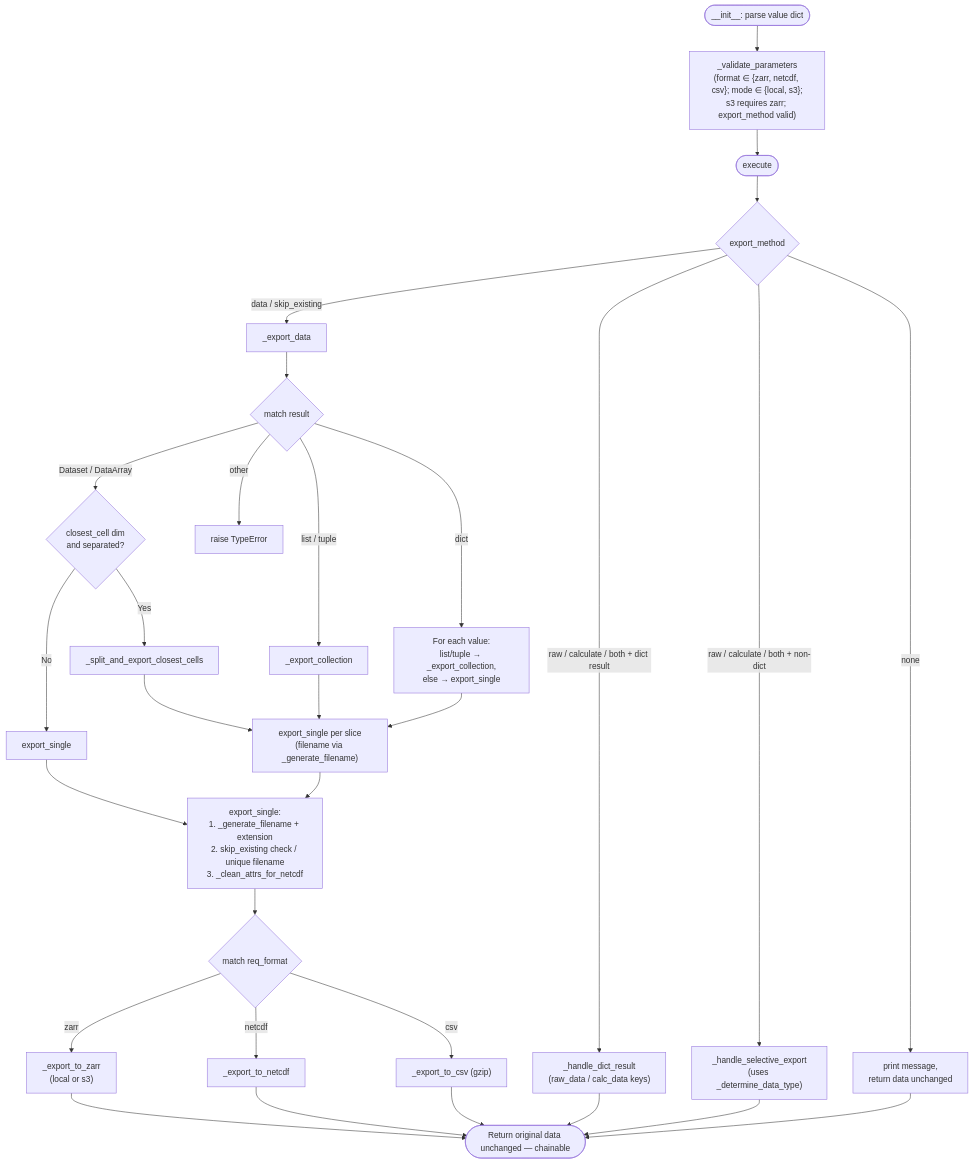
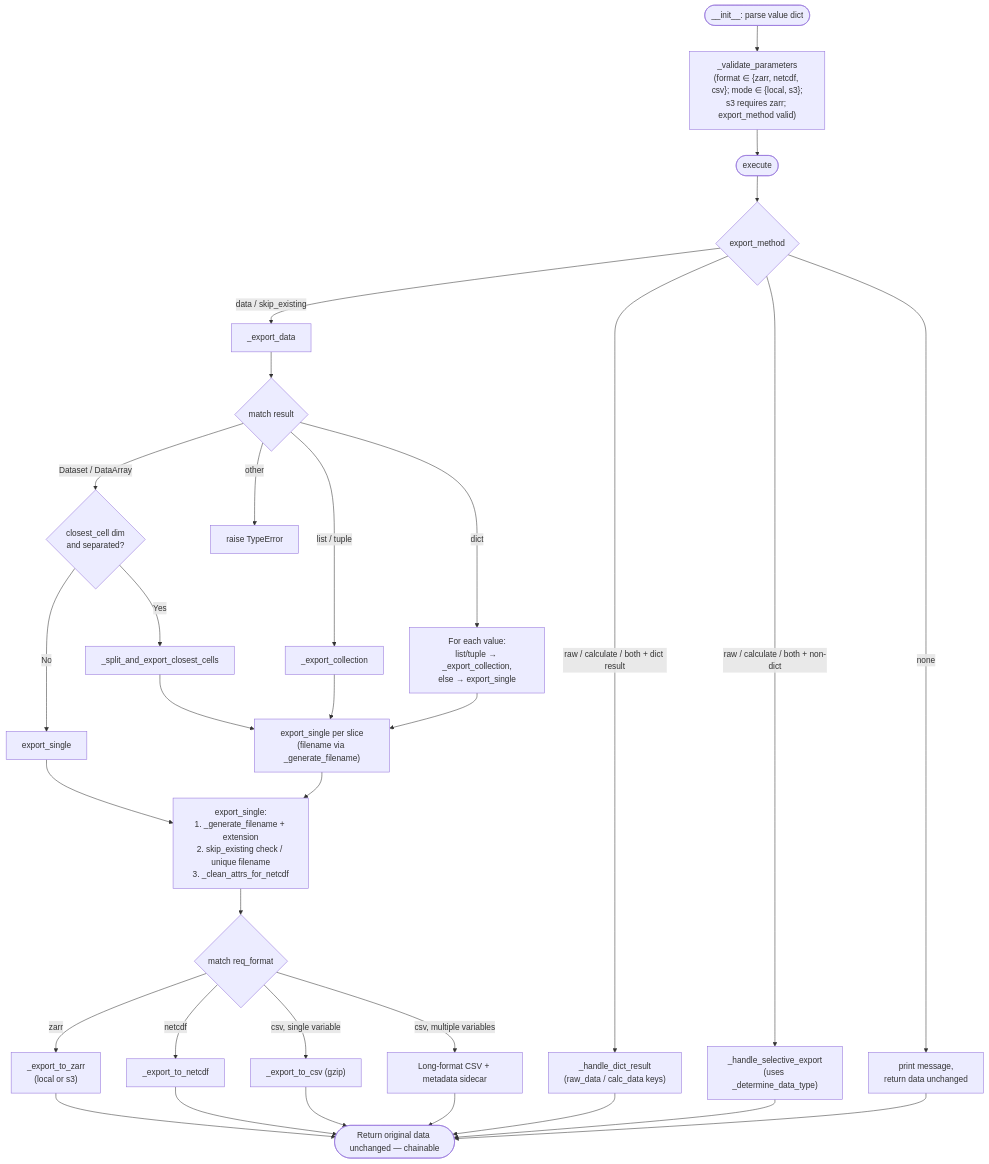
Before and after one commit to cal-adapt/climakitae: the diagram in docs-mkdocs/climate-data-interface/processors/export.md, drawn with Mermaid. The commit also changed other lines of this file and 15 other files, not shown here.

````diff
--- a/docs-mkdocs/climate-data-interface/processors/export.md
+++ b/docs-mkdocs/climate-data-interface/processors/export.md
@@ -11,51 +11,53 @@
 ```mermaid
 flowchart TD
     Init([__init__: parse value dict]) --> Validate["_validate_parameters<br/>(format ∈ {zarr, netcdf, csv}; mode ∈ {local, s3};<br/>s3 requires zarr; export_method valid)"]
     Validate --> Start([execute])
     Start --> MethodCheck{export_method}
 
     MethodCheck -->|none| ReturnNoop["print message,<br/>return data unchanged"]
     MethodCheck -->|raw / calculate / both + dict result| HandleDict["_handle_dict_result<br/>(raw_data / calc_data keys)"]
     MethodCheck -->|raw / calculate / both + non-dict| HandleSel["_handle_selective_export<br/>(uses _determine_data_type)"]
     MethodCheck -->|data / skip_existing| ExportData["_export_data"]
 
     ExportData --> MatchResult{match result}
     MatchResult -->|Dataset / DataArray| HasCC{closest_cell dim<br/>and separated?}
     HasCC -->|Yes| SplitCC["_split_and_export_closest_cells"]
     HasCC -->|No| ExportSingle1["export_single"]
     MatchResult -->|dict| LoopDict["For each value:<br/>list/tuple → _export_collection,<br/>else → export_single"]
     MatchResult -->|list / tuple| ExportColl["_export_collection"]
     MatchResult -->|other| RaiseType["raise TypeError"]
 
     SplitCC --> ExportSingleN["export_single per slice<br/>(filename via _generate_filename)"]
     ExportColl --> ExportSingleN
     LoopDict --> ExportSingleN
     ExportSingle1 --> WriteOne
     ExportSingleN --> WriteOne
 
     WriteOne["export_single:<br/>1. _generate_filename + extension<br/>2. skip_existing check / unique filename<br/>3. _clean_attrs_for_netcdf"]
     WriteOne --> FormatMatch{match req_format}
     FormatMatch -->|zarr| Zarr["_export_to_zarr<br/>(local or s3)"]
     FormatMatch -->|netcdf| NCDF["_export_to_netcdf"]
-    FormatMatch -->|csv| CSV["_export_to_csv (gzip)"]
+    FormatMatch -->|csv, single variable| CSV["_export_to_csv (gzip)"]
+    FormatMatch -->|csv, multiple variables| LongCSV["Long-format CSV + metadata sidecar"]
 
     Zarr --> Done
     NCDF --> Done
     CSV --> Done
+    LongCSV --> Done
     HandleDict --> Done
     HandleSel --> Done
     Done([Return original data unchanged — chainable])
     ReturnNoop --> Done
 
     click Init "https://github.com/cal-adapt/climakitae/blob/main/climakitae/new_core/processors/export.py#L197" "__init__"
     click Validate "https://github.com/cal-adapt/climakitae/blob/main/climakitae/new_core/processors/export.py#L238" "_validate_parameters"
     click Start "https://github.com/cal-adapt/climakitae/blob/main/climakitae/new_core/processors/export.py#L326" "execute"
     click ExportData "https://github.com/cal-adapt/climakitae/blob/main/climakitae/new_core/processors/export.py#L394" "_export_data dispatcher"
     click MatchResult "https://github.com/cal-adapt/climakitae/blob/main/climakitae/new_core/processors/export.py#L432" "match result"
     click SplitCC "https://github.com/cal-adapt/climakitae/blob/main/climakitae/new_core/processors/export.py#L820" "_split_and_export_closest_cells"
     click ExportColl "https://github.com/cal-adapt/climakitae/blob/main/climakitae/new_core/processors/export.py#L457" "_export_collection"
     click HandleDict "https://github.com/cal-adapt/climakitae/blob/main/climakitae/new_core/processors/export.py#L573" "_handle_dict_result"
     click HandleSel "https://github.com/cal-adapt/climakitae/blob/main/climakitae/new_core/processors/export.py#L590" "_handle_selective_export"
     click WriteOne "https://github.com/cal-adapt/climakitae/blob/main/climakitae/new_core/processors/export.py#L1064" "export_single"
     click FormatMatch "https://github.com/cal-adapt/climakitae/blob/main/climakitae/new_core/processors/export.py#L1103" "match req_format"
 ```
````
